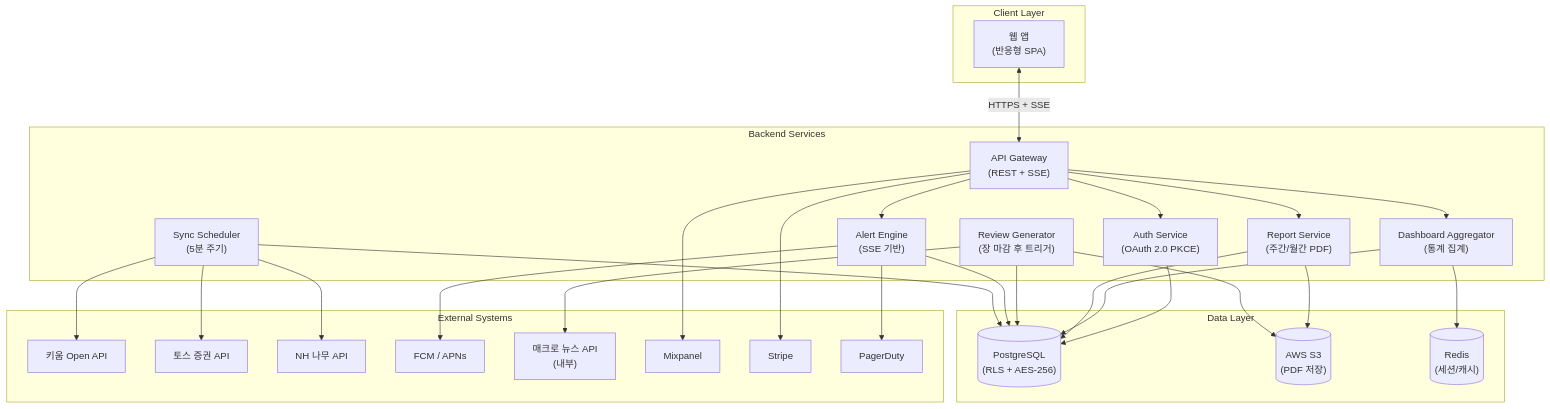
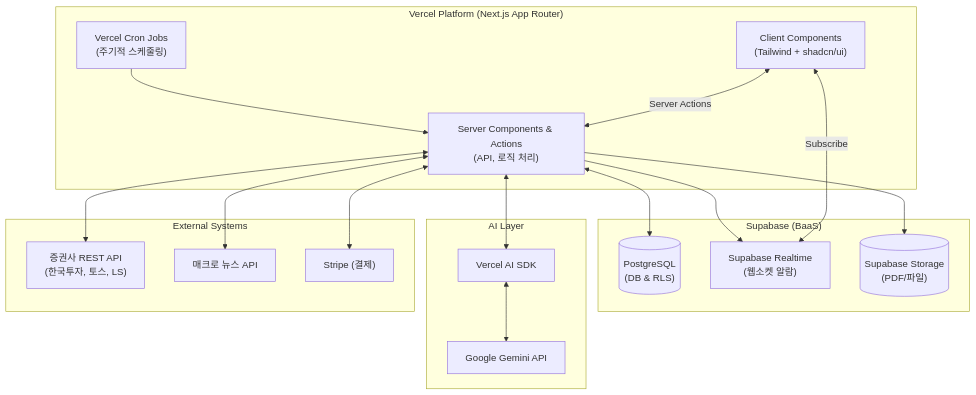
One commit to innovate5945/SRS-from-PRD-Youtuber changed the second of 10 diagrams in SRS-Drafts/SRS_v0_1_Opus.md. Above: the diagram before and after it, drawn with Mermaid. The commit also changed other lines of this file and 5 other files, not shown here.

````diff
--- a/SRS-Drafts/SRS_v0_1_Opus.md
+++ b/SRS-Drafts/SRS_v0_1_Opus.md
@@ -168,56 +175,39 @@
 ```mermaid
 flowchart TB
-    subgraph Client["Client Layer"]
-        WEB["웹 앱<br/>(반응형 SPA)"]
+    subgraph Vercel["Vercel Platform (Next.js App Router)"]
+        CLIENT["Client Components<br/>(Tailwind + shadcn/ui)"]
+        SERVER["Server Components & Actions<br/>(API, 로직 처리)"]
+        CRON["Vercel Cron Jobs<br/>(주기적 스케줄링)"]
     end
 
-    subgraph Backend["Backend Services"]
-        API["API Gateway<br/>(REST + SSE)"]
-        AUTH["Auth Service<br/>(OAuth 2.0 PKCE)"]
-        ALERT["Alert Engine<br/>(SSE 기반)"]
-        SYNC["Sync Scheduler<br/>(5분 주기)"]
-        REVIEW["Review Generator<br/>(장 마감 후 트리거)"]
-        REPORT["Report Service<br/>(주간/월간 PDF)"]
-        DASH["Dashboard Aggregator<br/>(통계 집계)"]
+    subgraph Supabase["Supabase (BaaS)"]
+        PG[("PostgreSQL<br/>(DB & RLS)")]
+        REALTIME["Supabase Realtime<br/>(웹소켓 알람)"]
+        STORAGE[("Supabase Storage<br/>(PDF/파일)")]
     end
 
-    subgraph Data["Data Layer"]
-        PG[("PostgreSQL<br/>(RLS + AES-256)")]
-        S3[("AWS S3<br/>(PDF 저장)")]
-        CACHE[("Redis<br/>(세션/캐시)")]
+    subgraph AI["AI Layer"]
+        SDK["Vercel AI SDK"]
+        GEMINI["Google Gemini API"]
     end
 
     subgraph External["External Systems"]
-        KIWOOM["키움 Open API"]
-        TOSS["토스 증권 API"]
-        NH["NH 나무 API"]
-        FCM_SVC["FCM / APNs"]
-        NEWS["매크로 뉴스 API<br/>(내부)"]
-        MIX["Mixpanel"]
-        STRIPE["Stripe"]
-        PD["PagerDuty"]
+        BROKER["증권사 REST API<br/>(한국투자, 토스, LS)"]
+        NEWS["매크로 뉴스 API"]
+        STRIPE["Stripe (결제)"]
     end
 
-    WEB <-->|HTTPS + SSE| API
-    API --> AUTH
-    API --> ALERT
-    API --> DASH
-    API --> REPORT
-    SYNC --> KIWOOM
-    SYNC --> TOSS
-    SYNC --> NH
-    SYNC --> PG
-    ALERT --> FCM_SVC
-    ALERT --> PG
-    REVIEW --> NEWS
-    REVIEW --> PG
-    REVIEW --> S3
-    REPORT --> PG
-    REPORT --> S3
-    DASH --> PG
-    DASH --> CACHE
-    AUTH --> PG
-    API --> MIX
-    API --> STRIPE
-    ALERT --> PD
+    CLIENT <-->|Server Actions| SERVER
+    CLIENT <-->|Subscribe| REALTIME
+    SERVER <--> PG
+    SERVER --> STORAGE
+    SERVER --> REALTIME
+
+    SERVER <--> SDK
+    SDK <--> GEMINI
+
+    SERVER <--> BROKER
+    CRON --> SERVER
+    SERVER <--> NEWS
+    SERVER <--> STRIPE
 ```
````
